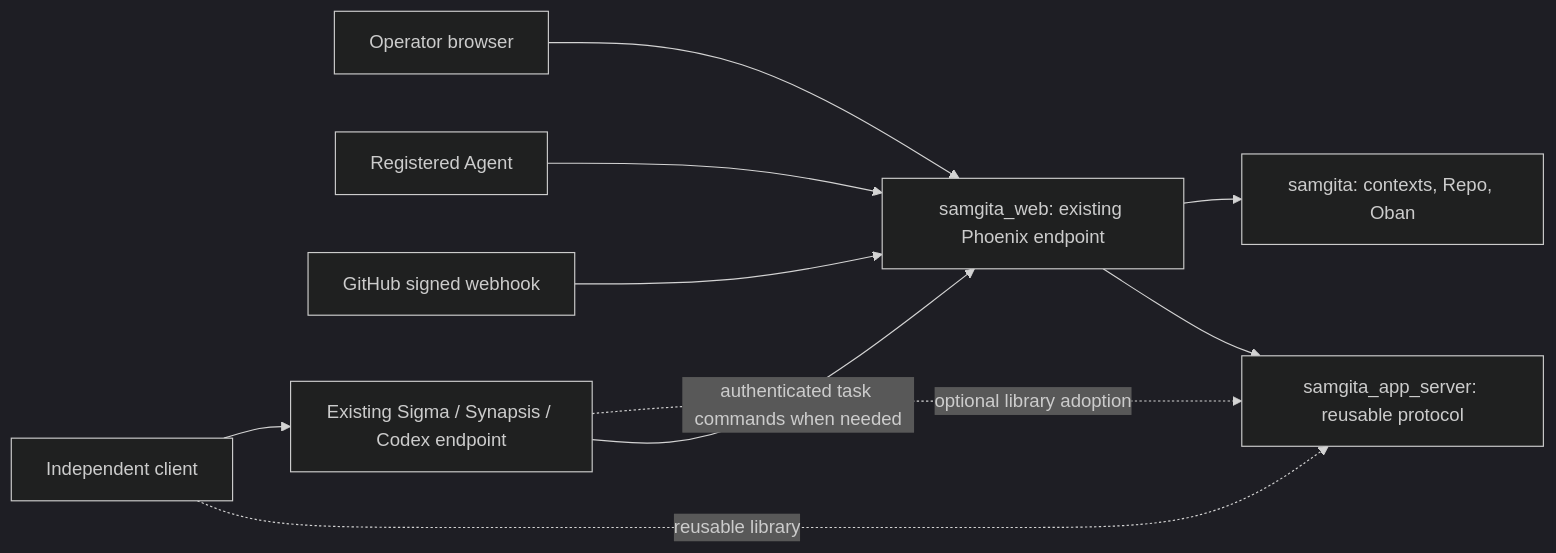
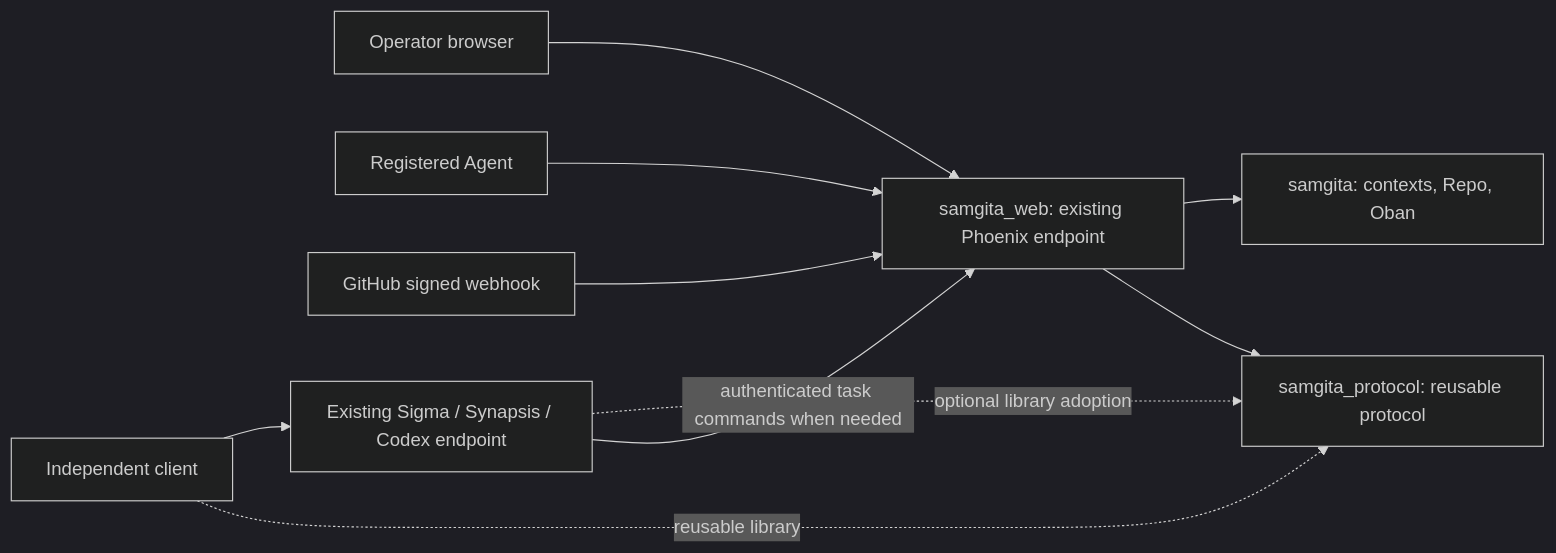
One commit to gsmlg-opt/Samgita changed the diagram in docs/redesign/design.md. Above: the diagram before and after it, drawn with Mermaid (dark theme). The commit also changed other lines of this file and 92 other files, not shown here.

````diff
--- a/docs/redesign/design.md
+++ b/docs/redesign/design.md
@@ -52,12 +54,12 @@
 ```mermaid
 flowchart LR
   UI[Operator browser] --> Web[samgita_web: existing Phoenix endpoint]
   Agent[Registered Agent] --> Web
   GH[GitHub signed webhook] --> Web
   Web --> Core[samgita: contexts, Repo, Oban]
-  Web --> Protocol[samgita_app_server: reusable protocol]
+  Web --> Protocol[samgita_protocol: reusable protocol]
   Client[Independent client] --> Service[Existing Sigma / Synapsis / Codex endpoint]
   Client -. reusable library .-> Protocol
   Service -. optional library adoption .-> Protocol
   Service -->|authenticated task commands when needed| Web
 ```
````
